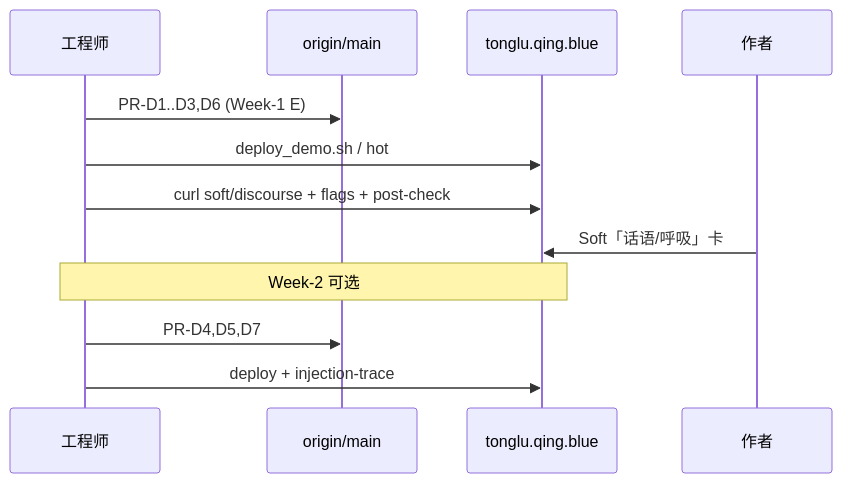
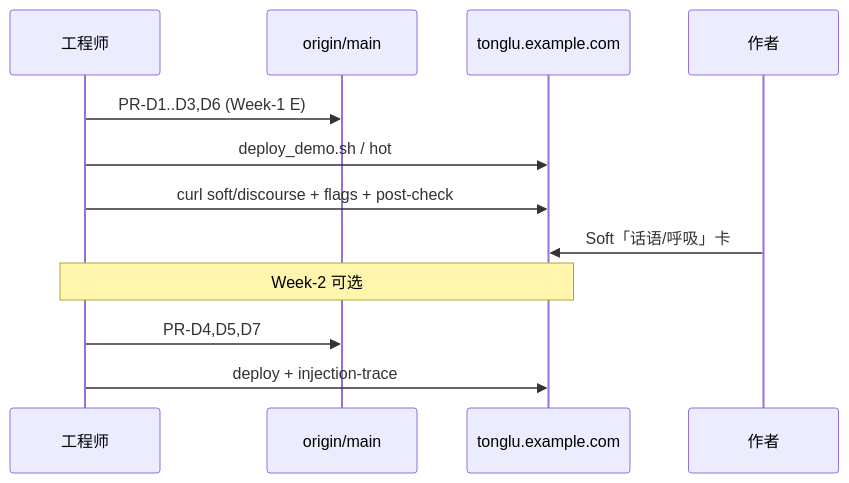
One commit to liuwenpinghaher-commits/scribe-writing-system changed the third of 3 diagrams in docs/plans/2026-08-12-discourse-layer-optimal.md. Above: the diagram before and after it, drawn with Mermaid. The commit also changed other lines of this file and 670 other files, not shown here.

````diff
--- a/docs/plans/2026-08-12-discourse-layer-optimal.md
+++ b/docs/plans/2026-08-12-discourse-layer-optimal.md
@@ -841,15 +841,15 @@
 ```mermaid
 sequenceDiagram
   participant Dev as 工程师
   participant Main as origin/main
-  participant Demo as tonglu.qing.blue
+  participant Demo as tonglu.example.com
   participant Auth as 作者
 
   Dev->>Main: PR-D1..D3,D6 (Week-1 E)
   Dev->>Demo: deploy_demo.sh / hot
   Dev->>Demo: curl soft/discourse + flags + post-check
   Auth->>Demo: Soft「话语/呼吸」卡
   Note over Dev,Demo: Week-2 可选
   Dev->>Main: PR-D4,D5,D7
   Dev->>Demo: deploy + injection-trace
 ```
````
